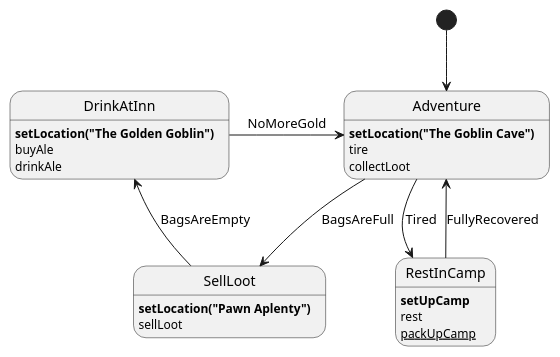
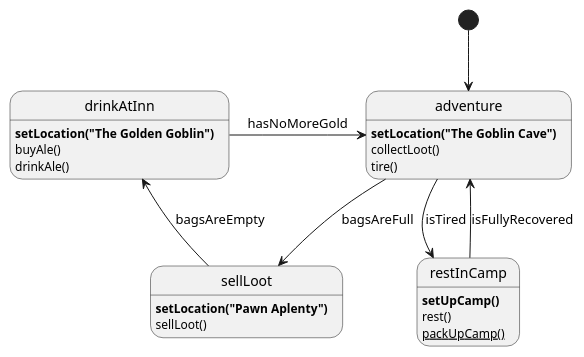
One commit to SephiraAndy/Fantasy-Stories changed the diagram in uml/state/Adventurer.puml. Above: the diagram before and after it, drawn with PlantUML. The commit also changed 23 other files, not shown here.

```diff
--- a/uml/state/Adventurer.puml
+++ b/uml/state/Adventurer.puml
@@ -1,26 +1,26 @@
 @startuml
 'https://plantuml.com/state-diagram
 
-Adventure : **setLocation("The Goblin Cave")**
-Adventure : tire
-Adventure : collectLoot
+adventure : **setLocation("The Goblin Cave")**
+adventure : collectLoot()
+adventure : tire()
 
-RestInCamp : **setUpCamp**
-RestInCamp : rest
-RestInCamp : __packUpCamp__
+restInCamp : **setUpCamp()**
+restInCamp : rest()
+restInCamp : __packUpCamp()__
 
-SellLoot : **setLocation("Pawn Aplenty")**
-SellLoot : sellLoot
+sellLoot : **setLocation("Pawn Aplenty")**
+sellLoot : sellLoot()
 
-DrinkAtInn : **setLocation("The Golden Goblin")**
-DrinkAtInn : buyAle
-DrinkAtInn : drinkAle
+drinkAtInn : **setLocation("The Golden Goblin")**
+drinkAtInn : buyAle()
+drinkAtInn : drinkAle()
 
-[*] --> Adventure
-RestInCamp --> Adventure : FullyRecovered
-Adventure --> SellLoot : BagsAreFull
-Adventure --> RestInCamp : Tired
-SellLoot --> DrinkAtInn : BagsAreEmpty
-DrinkAtInn -> Adventure : NoMoreGold
+[*] --> adventure
+adventure --> restInCamp : isTired
+restInCamp --> adventure : isFullyRecovered
+adventure --> sellLoot : bagsAreFull
+sellLoot --> drinkAtInn : bagsAreEmpty
+drinkAtInn -> adventure : hasNoMoreGold
 
 @enduml
```
